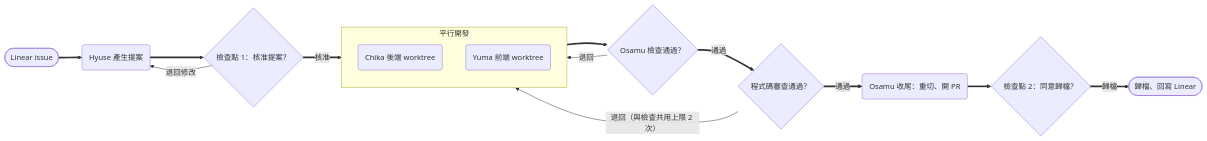
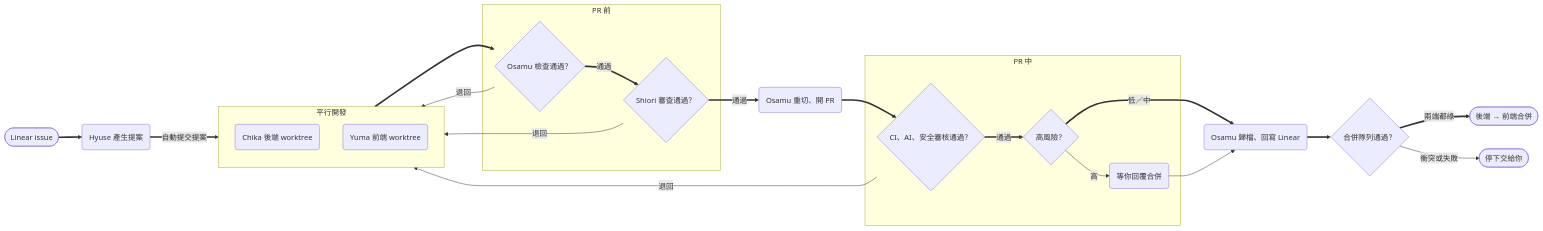
Before and after one commit to StevenShih-0402/littleduck-skills: the diagram in agent-team/docs/multi-agent-workflow.md, drawn with Mermaid. The commit also changed other lines of this file and 1 other file, not shown here.

````diff
--- a/agent-team/docs/multi-agent-workflow.md
+++ b/agent-team/docs/multi-agent-workflow.md
@@ -24,29 +26,42 @@
 ```mermaid
 flowchart LR
     %% 宣告區
     Issue(["Linear issue"])
     Architect("Hyuse 產生提案")
-    Gate1{"檢查點 1：核准提案？"}
     subgraph Develop["平行開發"]
         Backend("Chika 後端 worktree")
         Frontend("Yuma 前端 worktree")
     end
-    Integrator{"Osamu 檢查通過？"}
-    Review{"程式碼審查通過？"}
-    Finish("Osamu 收尾：重切、開 PR")
-    Gate2{"檢查點 2：同意歸檔？"}
-    Done(["歸檔、回寫 Linear"])
+    subgraph PrePR["PR 前"]
+        Integrator{"Osamu 檢查通過？"}
+        SpecReview{"Shiori 審查通過？"}
+    end
+    Finish("Osamu 重切、開 PR")
+    subgraph InPR["PR 中"]
+        PrChecks{"CI、AI、安全審核通過？"}
+        Risk{"高風險？"}
+        Approve("等你回覆合併")
+    end
+    Archive("Osamu 歸檔、回寫 Linear")
+    Queue{"合併隊列通過？"}
+    Done(["後端 → 前端合併"])
+    StopUser(["停下交給你"])
 
     %% 連線區
     Issue ==> Architect
-    Architect ==> Gate1
-    Gate1 -- "退回修改" --> Architect
-    Gate1 == "核准" ==> Develop
+    Architect == "自動提交提案" ==> Develop
     Develop ==> Integrator
     Integrator -- "退回" --> Develop
-    Integrator == "通過" ==> Review
-    Review -- "退回（與檢查共用上限 2 次）" --> Develop
-    Review == "通過" ==> Finish
-    Finish ==> Gate2
-    Gate2 == "歸檔" ==> Done
+    Integrator == "通過" ==> SpecReview
+    SpecReview -- "退回" --> Develop
+    SpecReview == "通過" ==> Finish
+    Finish ==> PrChecks
+    PrChecks -- "退回" --> Develop
+    PrChecks == "通過" ==> Risk
+    Risk == "低／中" ==> Archive
+    Risk -- "高" --> Approve
+    Approve --> Archive
+    Archive ==> Queue
+    Queue == "兩端都綠" ==> Done
+    Queue -- "衝突或失敗" --> StopUser
 ```
````
